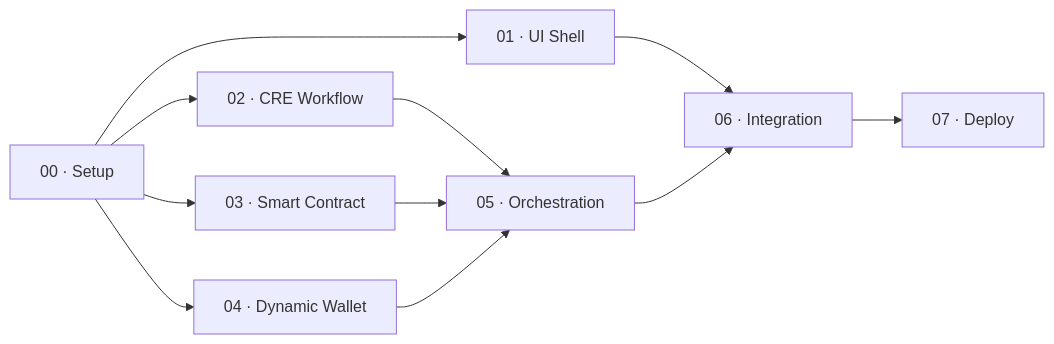
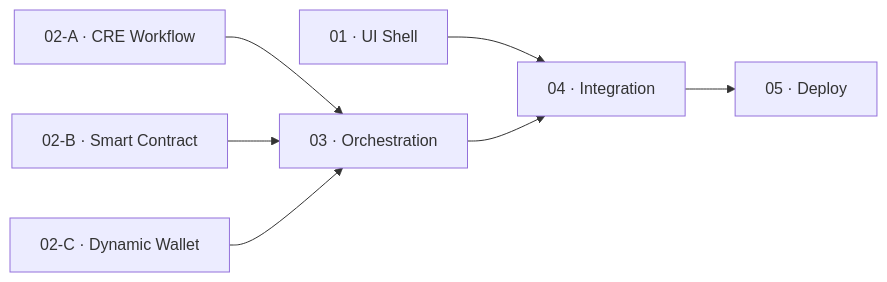
Before and after one commit to orbbit-tech/openpop: the diagram in specs/phases.md, drawn with Mermaid. The commit also changed other lines of this file, not shown here.

Commit message:
docs: rename 00 · Setup to Implementation Plan, fold scaffold into 01

````diff
--- a/specs/phases.md
+++ b/specs/phases.md
@@ -13,13 +13,13 @@
 ```mermaid
 flowchart LR
-    00["00 · Setup"] --> 01["01 · UI Shell"]
-    00 --> 02["02 · CRE Workflow"]
-    00 --> 03["03 · Smart Contract"]
-    00 --> 04["04 · Dynamic Wallet"]
-    02 --> 05["05 · Orchestration"]
-    03 --> 05
-    04 --> 05
-    01 --> 06["06 · Integration"]
-    05 --> 06
-    06 --> 07["07 · Deploy"]
+    01["01 · UI Shell"]
+    02a["02-A · CRE Workflow"]
+    02b["02-B · Smart Contract"]
+    02c["02-C · Dynamic Wallet"]
+    01 --> 04["04 · Integration"]
+    02a --> 03["03 · Orchestration"]
+    02b --> 03
+    02c --> 03
+    03 --> 04
+    04 --> 05["05 · Deploy"]
 ```
````
